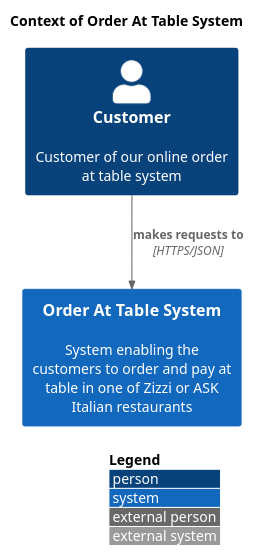
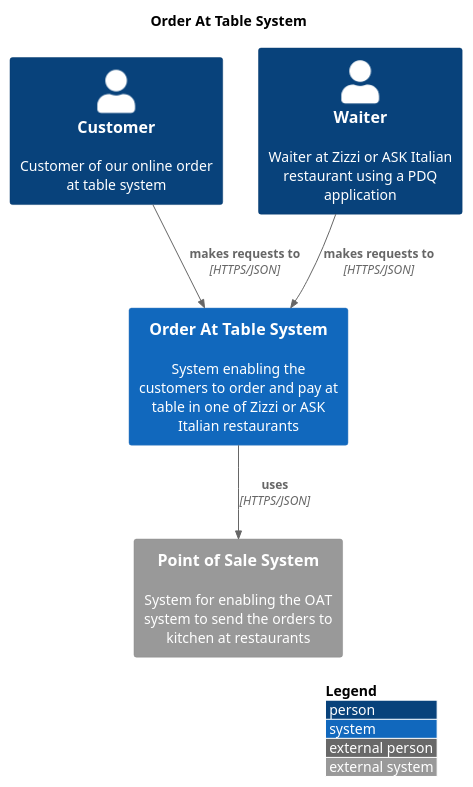
One commit to anandakumarpalanisamy/css-recipes changed the diagram in uml/oatcontext.puml. Above: the diagram before and after it, drawn with PlantUML.

```diff
--- a/uml/oatcontext.puml
+++ b/uml/oatcontext.puml
@@ -1,13 +1,17 @@
 @startuml
 !include https://raw.githubusercontent.com/plantuml-stdlib/C4-PlantUML/master/C4_Context.puml
 
 LAYOUT_WITH_LEGEND()
 
-title Context of Order At Table System
+title Order At Table System
 
 Person(ecommCustomer, Customer, "Customer of our online order at table system")
+Person(pdqWaiter, Waiter, "Waiter at Zizzi or ASK Italian restaurant using a PDQ application")
 System(oat, "Order At Table System", "System enabling the customers to order and pay at table in one of Zizzi or ASK Italian restaurants")
+System_Ext(comtrex, "Point of Sale System", "System for enabling the OAT system to send the orders to kitchen at restaurants")
 
 Rel(ecommCustomer, oat, "makes requests to", "HTTPS/JSON")
+Rel(pdqWaiter, oat, "makes requests to", "HTTPS/JSON")
+Rel(oat, comtrex, "uses", "HTTPS/JSON")
 
 @enduml
```
